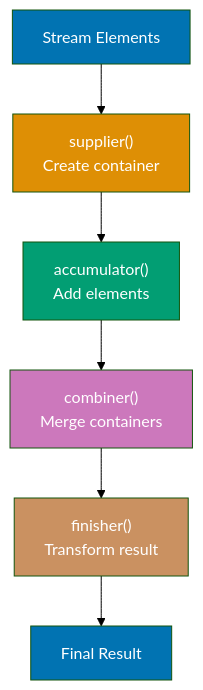
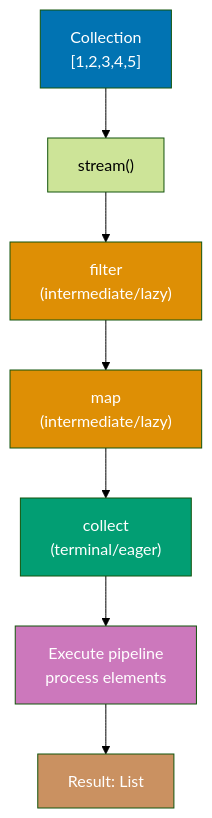
Before and after one commit to wahidyankf/open-sharia-enterprise: the sixth of 8 diagrams in apps/ayokoding-web/content/en/learn/software-engineering/programming-languages/java/tutorials/by-example/intermediate.md, drawn with Mermaid (forest theme). The commit also changed other lines of this file and 14 other files, not shown here.

````diff
--- a/apps/ayokoding-web/content/en/learn/software-engineering/programming-languages/java/tutorials/by-example/intermediate.md
+++ b/apps/ayokoding-web/content/en/learn/software-engineering/programming-languages/java/tutorials/by-example/intermediate.md
@@ -3310,16 +852,18 @@
 ```mermaid
 %% Color Palette: Blue #0173B2, Orange #DE8F05, Teal #029E73, Purple #CC78BC, Brown #CA9161
 graph TD
-    Stream["Stream Elements"] --> Supplier["supplier()<br/>Create container"]
-    Supplier --> Accumulator["accumulator()<br/>Add elements"]
-    Accumulator --> Combiner["combiner()<br/>Merge containers"]
-    Combiner --> Finisher["finisher()<br/>Transform result"]
-    Finisher --> Result["Final Result"]
+    Source["Collection<br/>[1,2,3,4,5]"] --> Stream["stream#40;#41;"]
+    Stream --> Filter["filter<br/>#40;intermediate/lazy#41;"]
+    Filter --> Map["map<br/>#40;intermediate/lazy#41;"]
+    Map --> Terminal["collect<br/>#40;terminal/eager#41;"]
+    Terminal --> Execute["Execute pipeline<br/>process elements"]
 
-    style Stream fill:#0173B2,color:#fff
-    style Supplier fill:#DE8F05,color:#fff
-    style Accumulator fill:#029E73,color:#fff
-    style Combiner fill:#CC78BC,color:#fff
-    style Finisher fill:#CA9161,color:#fff
-    style Result fill:#0173B2,color:#fff
+    Execute --> Result["Result: List"]
+
+    style Source fill:#0173B2,color:#fff
+    style Filter fill:#DE8F05,color:#fff
+    style Map fill:#DE8F05,color:#fff
+    style Terminal fill:#029E73,color:#fff
+    style Execute fill:#CC78BC,color:#fff
+    style Result fill:#CA9161,color:#fff
 ```
````
